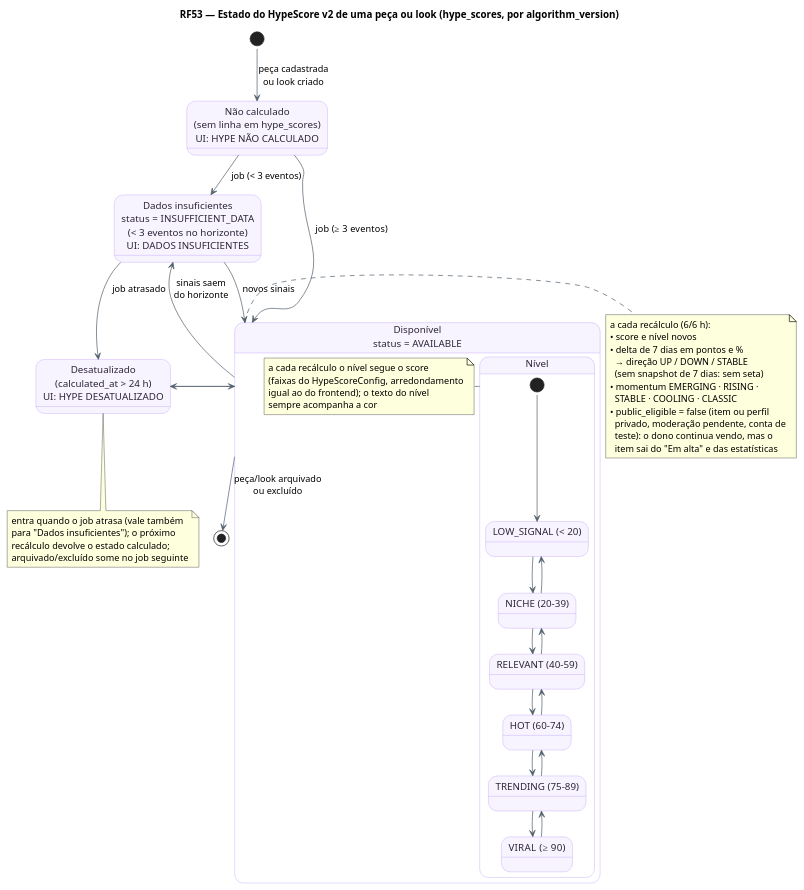
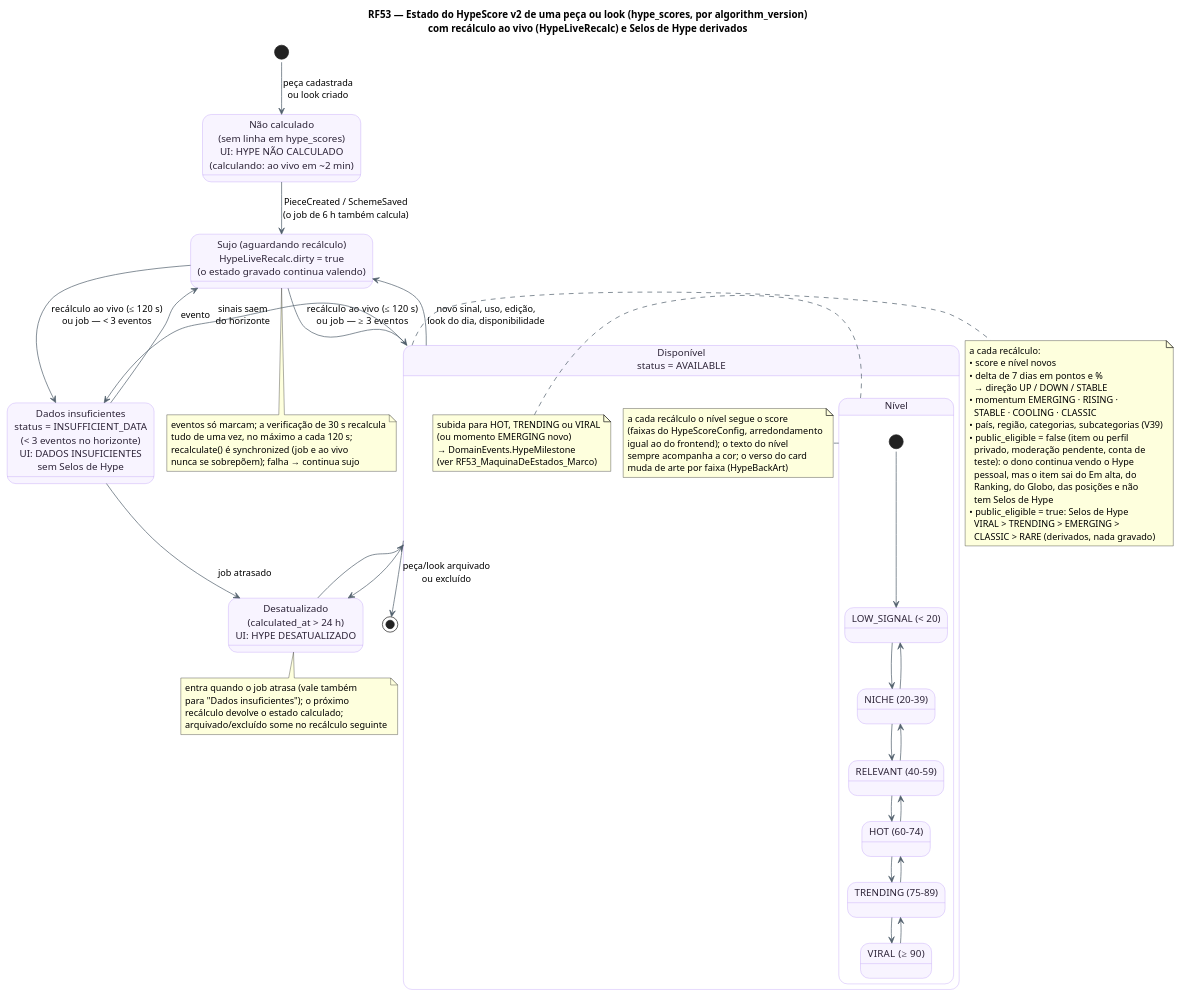
The diagram in docs/diagramas/RF53/RF53-maquinadeestados-hype.puml (MatheusHaliski/tcc-2026-fashion-ai-backend), drawn with PlantUML before and after one commit. The commit also changed 52 other files, not shown here.

First line of the commit message:
Documentação, diagramas e evidências do teste real (RF53 e RF54)

```diff
--- a/docs/diagramas/RF53/RF53-maquinadeestados-hype.puml
+++ b/docs/diagramas/RF53/RF53-maquinadeestados-hype.puml
@@ -1,71 +1,92 @@
 @startuml RF53_MaquinaDeEstados_Hype
 !pragma layout smetana
-title RF53 — Estado do HypeScore v2 de uma peça ou look (hype_scores, por algorithm_version)
+title RF53 — Estado do HypeScore v2 de uma peça ou look (hype_scores, por algorithm_version)\ncom recálculo ao vivo (HypeLiveRecalc) e Selos de Hype derivados
 skinparam backgroundColor #FFFFFF
 skinparam state {
   BackgroundColor #F8F4FF
   BorderColor #B695F5
   FontColor #2D2438
   ArrowColor #52606D
 }
-state "Não calculado\n(sem linha em hype_scores)\nUI: HYPE NÃO CALCULADO" as NaoCalc
-state "Dados insuficientes\nstatus = INSUFFICIENT_DATA\n(< 3 eventos no horizonte)\nUI: DADOS INSUFICIENTES" as Insuf
+state "Não calculado\n(sem linha em hype_scores)\nUI: HYPE NÃO CALCULADO\n(calculando: ao vivo em ~2 min)" as NaoCalc
+state "Dados insuficientes\nstatus = INSUFFICIENT_DATA\n(< 3 eventos no horizonte)\nUI: DADOS INSUFICIENTES\nsem Selos de Hype" as Insuf
 state "Disponível\nstatus = AVAILABLE" as Disp {
   state "Nível" as Nivel {
     state "LOW_SIGNAL (< 20)" as L0
     state "NICHE (20–39)" as L1
     state "RELEVANT (40–59)" as L2
     state "HOT (60–74)" as L3
     state "TRENDING (75–89)" as L4
     state "VIRAL (≥ 90)" as L5
     [*] --> L0
     L0 -down-> L1
     L1 -down-> L2
     L2 -down-> L3
     L3 -down-> L4
     L4 -down-> L5
     L5 -up-> L4
     L4 -up-> L3
     L3 -up-> L2
     L2 -up-> L1
     L1 -up-> L0
   }
   note right of Nivel
     a cada recálculo o nível segue o score
     (faixas do HypeScoreConfig, arredondamento
     igual ao do frontend); o texto do nível
-    sempre acompanha a cor
+    sempre acompanha a cor; o verso do card
+    muda de arte por faixa (HypeBackArt)
+  end note
+  note left of Nivel
+    subida para HOT, TRENDING ou VIRAL
+    (ou momento EMERGING novo)
+    → DomainEvents.HypeMilestone
+    (ver RF53_MaquinaDeEstados_Marco)
   end note
 }
 state "Desatualizado\n(calculated_at > 24 h)\nUI: HYPE DESATUALIZADO" as Stale
+state "Sujo (aguardando recálculo)\nHypeLiveRecalc.dirty = true\n(o estado gravado continua valendo)" as Sujo
 
 [*] --> NaoCalc : peça cadastrada\nou look criado
-NaoCalc --> Insuf : job (< 3 eventos)
-NaoCalc --> Disp : job (≥ 3 eventos)
-Insuf --> Disp : novos sinais
+NaoCalc --> Sujo : PieceCreated / SchemeSaved\n(o job de 6 h também calcula)
+Sujo --> Insuf : recálculo ao vivo (≤ 120 s)\nou job — < 3 eventos
+Sujo --> Disp : recálculo ao vivo (≤ 120 s)\nou job — ≥ 3 eventos
+Insuf --> Sujo : evento
+Disp --> Sujo : novo sinal, uso, edição,\nlook do dia, disponibilidade
 Disp --> Insuf : sinais saem\ndo horizonte
 Disp -right-> Stale
 Insuf --> Stale : job atrasado
 Stale --> Disp
 Disp --> [*] : peça/look arquivado\nou excluído
 
 note right of Disp
-  a cada recálculo (6/6 h):
+  a cada recálculo:
   • score e nível novos
   • delta de 7 dias em pontos e %
     → direção UP / DOWN / STABLE
-    (sem snapshot de 7 dias: sem seta)
   • momentum EMERGING · RISING ·
     STABLE · COOLING · CLASSIC
+  • país, região, categorias, subcategorias (V39)
   • public_eligible = false (item ou perfil
     privado, moderação pendente, conta de
-    teste): o dono continua vendo, mas o
-    item sai do "Em alta" e das estatísticas
+    teste): o dono continua vendo o Hype
+    pessoal, mas o item sai do Em alta, do
+    Ranking, do Globo, das posições e não
+    tem Selos de Hype
+  • public_eligible = true: Selos de Hype
+    VIRAL > TRENDING > EMERGING >
+    CLASSIC > RARE (derivados, nada gravado)
+end note
+note bottom of Sujo
+  eventos só marcam; a verificação de 30 s recalcula
+  tudo de uma vez, no máximo a cada 120 s;
+  recalculate() é synchronized (job e ao vivo
+  nunca se sobrepõem); falha → continua sujo
 end note
 note bottom of Stale
   entra quando o job atrasa (vale também
   para "Dados insuficientes"); o próximo
   recálculo devolve o estado calculado;
-  arquivado/excluído some no job seguinte
+  arquivado/excluído some no recálculo seguinte
 end note
 @enduml
```
